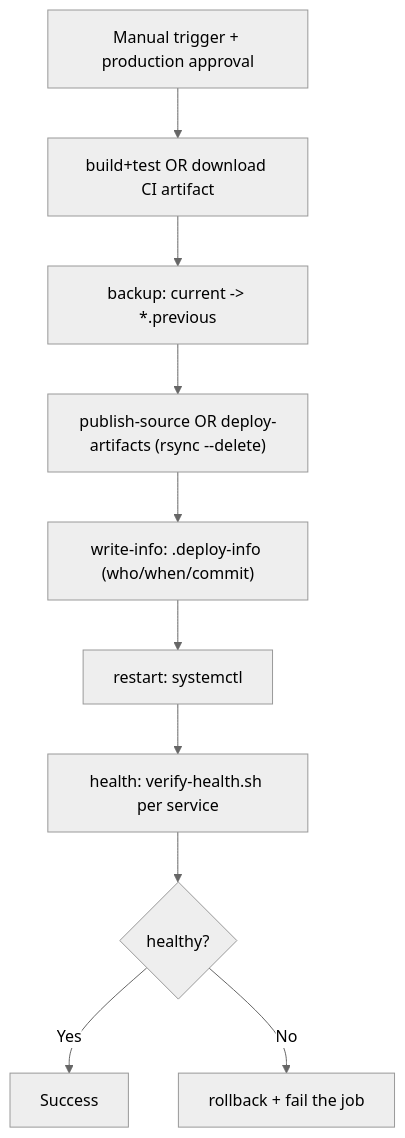
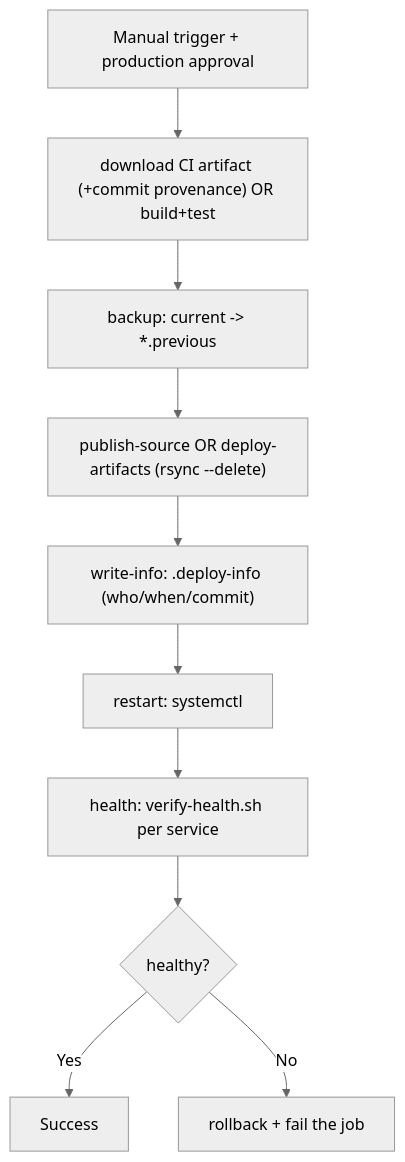
One commit to Dedmoo/dotnet-cicd-template changed the second of 2 diagrams in docs/ci-cd-blueprint.en.md. Above: the diagram before and after it, drawn with Mermaid (neutral theme). The commit also changed other lines of this file and 8 other files, not shown here.

````diff
--- a/docs/ci-cd-blueprint.en.md
+++ b/docs/ci-cd-blueprint.en.md
@@ -119,12 +120,12 @@
 ```mermaid
 flowchart TB
-    A["Manual trigger + production approval"] --> B["build+test OR download CI artifact"]
+    A["Manual trigger + production approval"] --> B["download CI artifact (+commit provenance) OR build+test"]
     B --> C["backup: current -> *.previous"]
     C --> D["publish-source OR deploy-artifacts (rsync --delete)"]
     D --> E["write-info: .deploy-info (who/when/commit)"]
     E --> F["restart: systemctl"]
     F --> G["health: verify-health.sh per service"]
     G --> H{"healthy?"}
     H -->|Yes| I["Success"]
     H -->|No| J["rollback + fail the job"]
 ```
````
